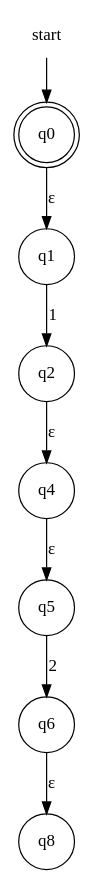
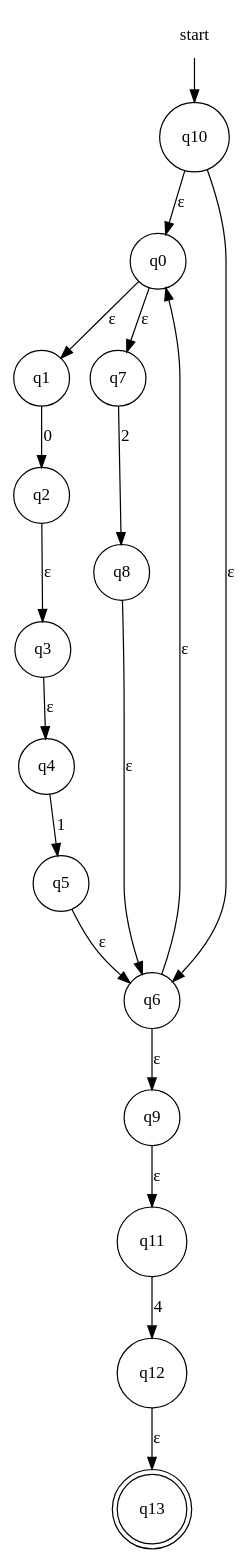
One commit to evertheylen/TA_TO changed the diagram in fase1/RE-eNFA/regex_2.dot. Above: the diagram before and after it, drawn with Graphviz. The commit also changed 9 other files, not shown here.

```diff
--- a/fase1/RE-eNFA/regex_2.dot
+++ b/fase1/RE-eNFA/regex_2.dot
@@ -1,12 +1,22 @@
 digraph automaton {
     node [shape=none]; start;
-    node [shape=doublecircle]; "q0";
+    node [shape=doublecircle]; "q13";
     node [shape=circle];
-    start -> "q0";
+    start -> "q10";
     "q0" -> "q1" [label="&epsilon;"];
-    "q1" -> "q2" [label="1"];
-    "q2" -> "q4" [label="&epsilon;"];
-    "q4" -> "q5" [label="&epsilon;"];
-    "q5" -> "q6" [label="2"];
-    "q6" -> "q8" [label="&epsilon;"];
+    "q0" -> "q7" [label="&epsilon;"];
+    "q1" -> "q2" [label="0"];
+    "q2" -> "q3" [label="&epsilon;"];
+    "q3" -> "q4" [label="&epsilon;"];
+    "q4" -> "q5" [label="1"];
+    "q5" -> "q6" [label="&epsilon;"];
+    "q6" -> "q0" [label="&epsilon;"];
+    "q6" -> "q9" [label="&epsilon;"];
+    "q7" -> "q8" [label="2"];
+    "q8" -> "q6" [label="&epsilon;"];
+    "q9" -> "q11" [label="&epsilon;"];
+    "q10" -> "q0" [label="&epsilon;"];
+    "q10" -> "q6" [label="&epsilon;"];
+    "q11" -> "q12" [label="4"];
+    "q12" -> "q13" [label="&epsilon;"];
 }
```
